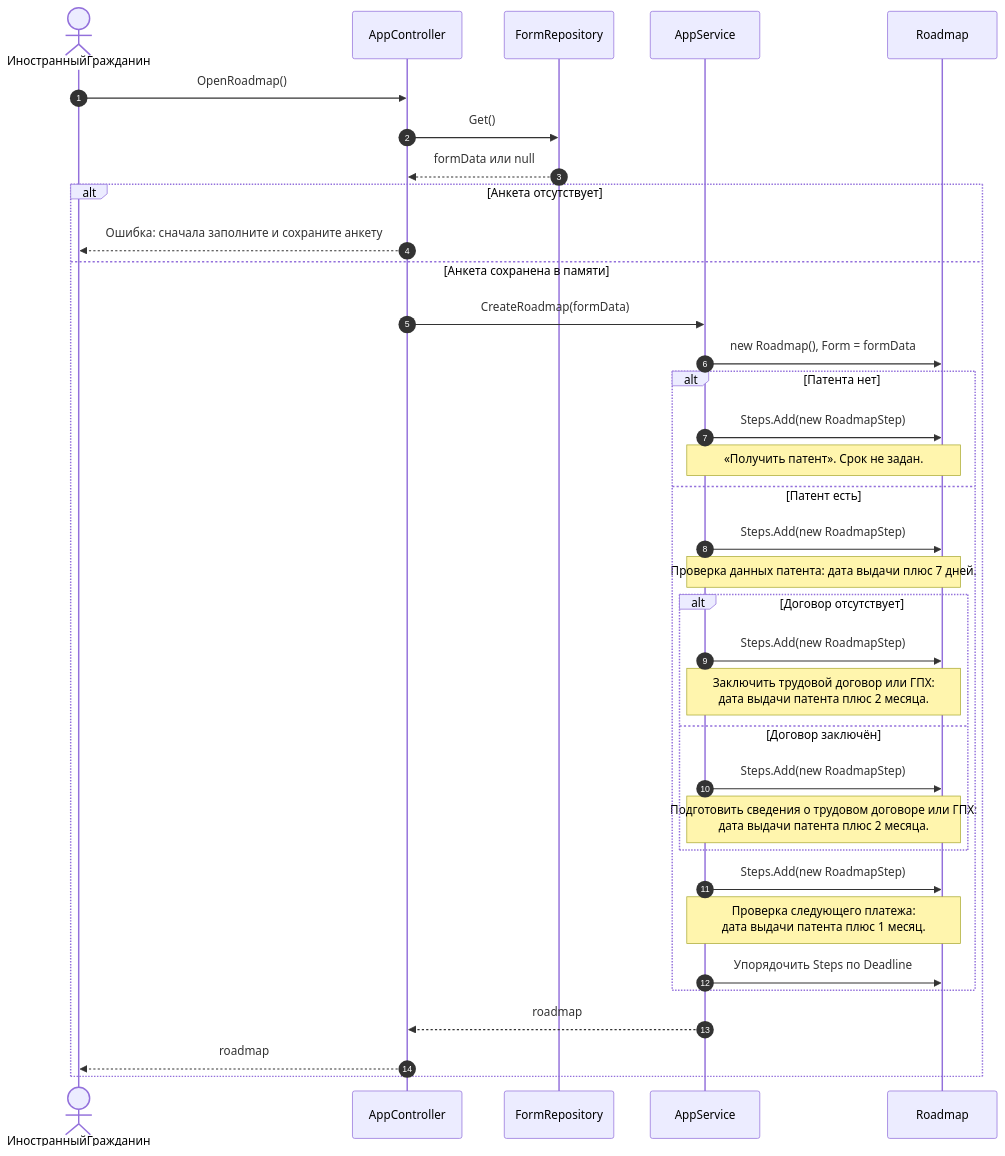
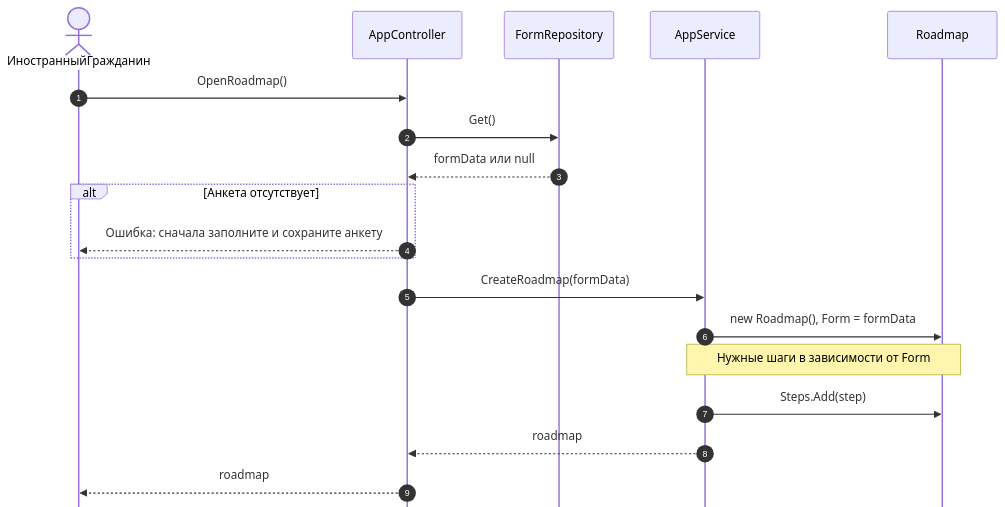
One commit to Edmorton1/peace changed the second of 2 diagrams in _docs/lab4.md. Above: the diagram before and after it, drawn with Mermaid. The commit also changed other lines of this file and 1 other file, not shown here.

````diff
--- a/_docs/lab4.md
+++ b/_docs/lab4.md
@@ -40,40 +30,24 @@
 ```mermaid
+%%{init: {'sequence': {'mirrorActors': false}}}%%
 sequenceDiagram
     autonumber
     actor ИностранныйГражданин
     participant AppController
     participant FormRepository
     participant AppService
     participant Roadmap
     ИностранныйГражданин->>AppController: OpenRoadmap()
     AppController->>FormRepository: Get()
     FormRepository-->>AppController: formData или null
 
     alt Анкета отсутствует
         AppController-->>ИностранныйГражданин: Ошибка: сначала заполните и сохраните анкету
-    else Анкета сохранена в памяти
-        AppController->>AppService: CreateRoadmap(formData)
-        AppService->>Roadmap: new Roadmap(), Form = formData
+    end
 
-        alt Патента нет
-            AppService->>Roadmap: Steps.Add(new RoadmapStep)
-            Note over AppService,Roadmap: «Получить патент». Срок не задан.
-        else Патент есть
-            AppService->>Roadmap: Steps.Add(new RoadmapStep)
-            Note over AppService,Roadmap: Проверка данных патента: дата выдачи плюс 7 дней.
-            alt Договор отсутствует
-                AppService->>Roadmap: Steps.Add(new RoadmapStep)
-                Note over AppService,Roadmap: Заключить трудовой договор или ГПХ:<br/>дата выдачи патента плюс 2 месяца.
-            else Договор заключён
-                AppService->>Roadmap: Steps.Add(new RoadmapStep)
-                Note over AppService,Roadmap: Подготовить сведения о трудовом договоре или ГПХ:<br/>дата выдачи патента плюс 2 месяца.
-            end
-            AppService->>Roadmap: Steps.Add(new RoadmapStep)
-            Note over AppService,Roadmap: Проверка следующего платежа:<br/>дата выдачи патента плюс 1 месяц.
-            AppService->>Roadmap: Упорядочить Steps по Deadline
-        end
-
-        AppService-->>AppController: roadmap
-        AppController-->>ИностранныйГражданин: roadmap
-    end
+    AppController->>AppService: CreateRoadmap(formData)
+    AppService->>Roadmap: new Roadmap(), Form = formData
+    Note over AppService,Roadmap: Нужные шаги в зависимости от Form
+    AppService->>Roadmap: Steps.Add(step)
+    AppService-->>AppController: roadmap
+    AppController-->>ИностранныйГражданин: roadmap
 ```
````
